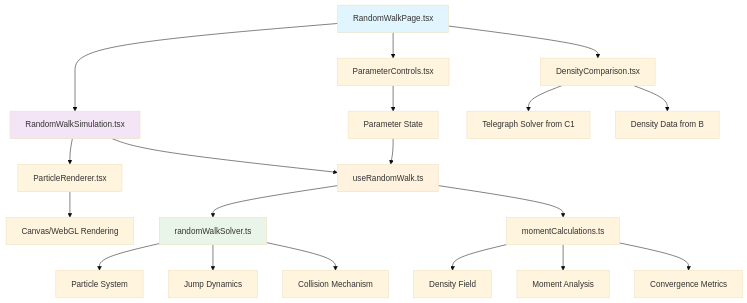
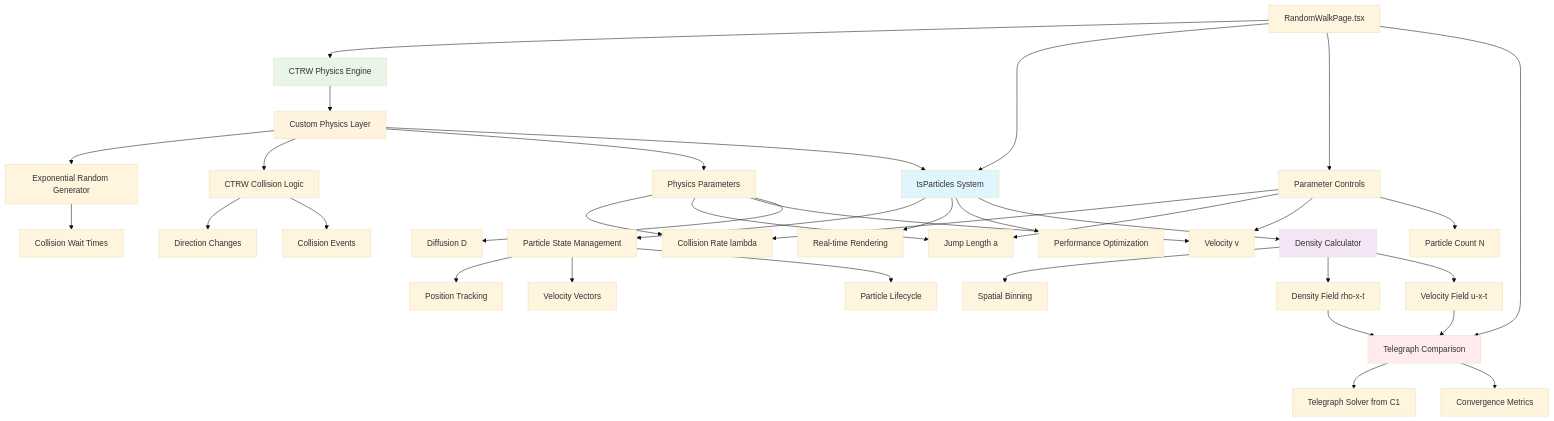
One commit to space-cadet/qc-diffusion-code changed the fifth of 6 diagrams in memory-bank/implementation-details/random-walks-diff-eq.md. Above: the diagram before and after it, drawn with Mermaid (base theme). The commit also changed other lines of this file and 6 other files, not shown here.

First line of the commit message:
feat(random-walk): C5a - Add comprehensive UI interface design with dnd-kit framework

````diff
--- a/memory-bank/implementation-details/random-walks-diff-eq.md
+++ b/memory-bank/implementation-details/random-walks-diff-eq.md
@@ -11,33 +101,51 @@
 ```mermaid
 graph TD
-    A[RandomWalkPage.tsx] --> B[RandomWalkSimulation.tsx]
-    A --> C[ParameterControls.tsx]
-    A --> D[DensityComparison.tsx]
-    
-    B --> E[ParticleRenderer.tsx]
-    B --> F[useRandomWalk.ts]
-    
-    F --> G[randomWalkSolver.ts]
-    F --> H[momentCalculations.ts]
-    
-    C --> I[Parameter State]
-    I --> F
-    
-    D --> J[Telegraph Solver from C1]
-    D --> K[Density Data from B]
-    
-    E --> L[Canvas/WebGL Rendering]
-    
-    G --> M[Particle System]
-    G --> N[Jump Dynamics]
-    G --> O[Collision Mechanism]
-    
-    H --> P[Density Field]
-    H --> Q[Moment Analysis]
-    H --> R[Convergence Metrics]
-    
-    style A fill:#e1f5fe
-    style B fill:#f3e5f5
+    A[RandomWalkPage.tsx] --> B[CTRW Physics Engine]
+    A --> C[tsParticles System]
+    A --> D[Parameter Controls]
+    A --> E[Telegraph Comparison]
+
+    B --> F[Custom Physics Layer]
+    F --> G[Exponential Random Generator]
+    F --> H[CTRW Collision Logic]
+    F --> I[Physics Parameters]
+
+    C --> J[Particle State Management]
+    C --> K[Real-time Rendering]
+    C --> L[Performance Optimization]
+
+    J --> M[Position Tracking]
+    J --> N[Velocity Vectors]
+    J --> O[Particle Lifecycle]
+
+    G --> P[Collision Wait Times]
+    H --> Q[Direction Changes]
+    H --> R[Collision Events]
+
+    I --> S[Collision Rate lambda]
+    I --> T[Jump Length a]
+    I --> U[Velocity v]
+    I --> V[Diffusion D]
+
+    D --> S
+    D --> T
+    D --> U
+    D --> W[Particle Count N]
+
+    F --> C
+    C --> X[Density Calculator]
+    X --> Y[Spatial Binning]
+    X --> Z[Density Field rho-x-t]
+    X --> AA[Velocity Field u-x-t]
+
+    Z --> E
+    AA --> E
+    E --> BB[Telegraph Solver from C1]
+    E --> CC[Convergence Metrics]
+
+    style B fill:#e8f5e8
     style F fill:#fff3e0
-    style G fill:#e8f5e8
+    style C fill:#e1f5fe
+    style X fill:#f3e5f5
+    style E fill:#ffebee
 ```
````
